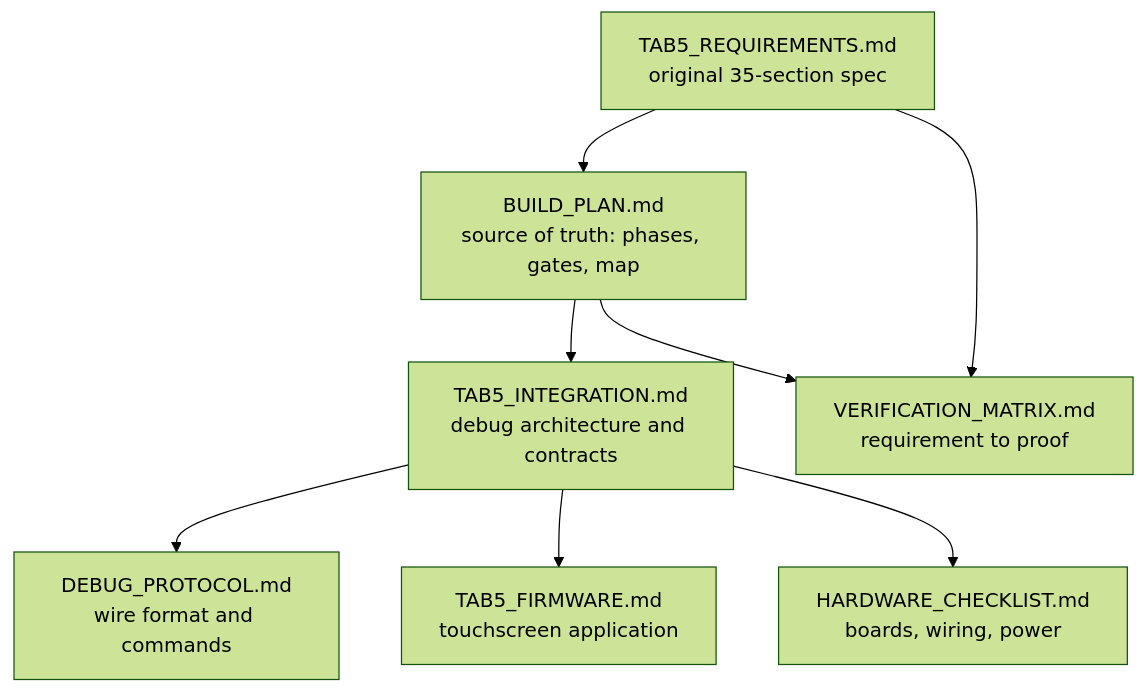
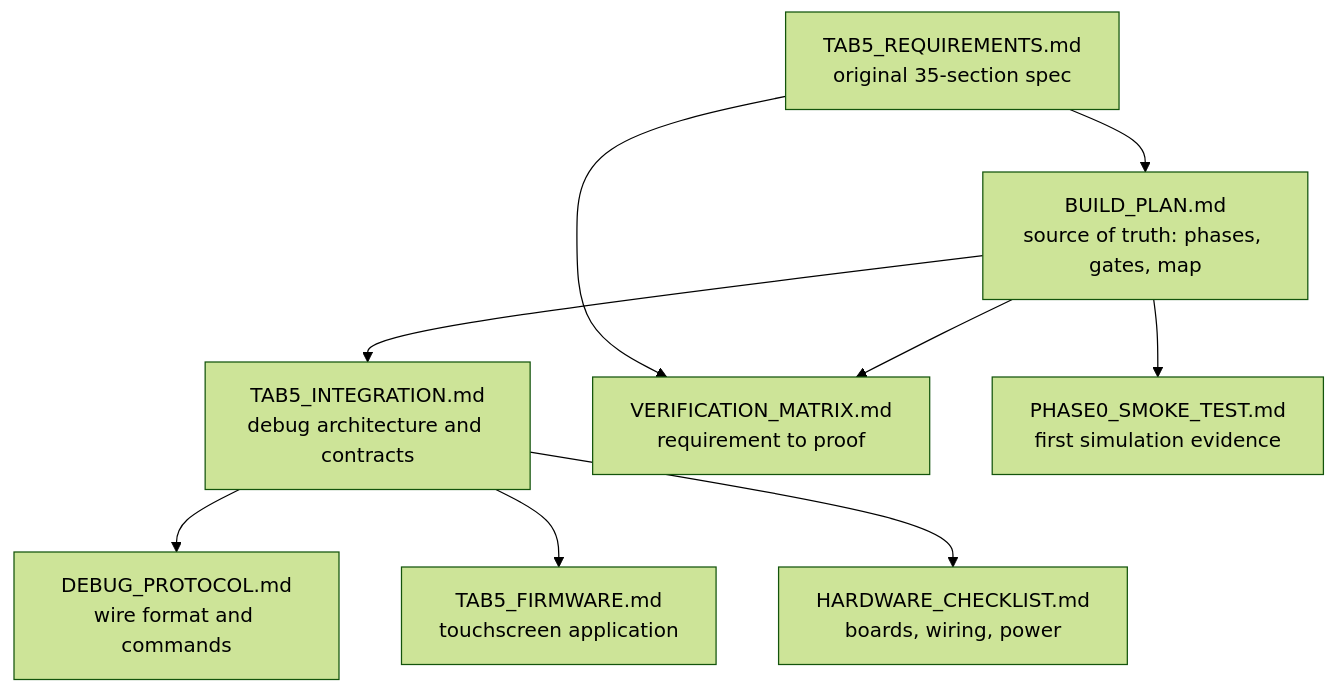
One commit to Nishant150876/risc-v-computer changed the diagram in docs/README.md. Above: the diagram before and after it, drawn with Mermaid (forest theme). The commit also changed other lines of this file and 18 other files, not shown here.

````diff
--- a/docs/README.md
+++ b/docs/README.md
@@ -11,10 +21,11 @@
 ```mermaid
 flowchart TD
     REQ["TAB5_REQUIREMENTS.md<br/>original 35-section spec"] --> PLAN["BUILD_PLAN.md<br/>source of truth: phases, gates, map"]
     PLAN --> INT["TAB5_INTEGRATION.md<br/>debug architecture and contracts"]
     INT --> PROTO["DEBUG_PROTOCOL.md<br/>wire format and commands"]
     INT --> FW["TAB5_FIRMWARE.md<br/>touchscreen application"]
     INT --> HW["HARDWARE_CHECKLIST.md<br/>boards, wiring, power"]
     REQ --> VM["VERIFICATION_MATRIX.md<br/>requirement to proof"]
     PLAN --> VM
+    PLAN --> SMOKE["PHASE0_SMOKE_TEST.md<br/>first simulation evidence"]
 ```
````
